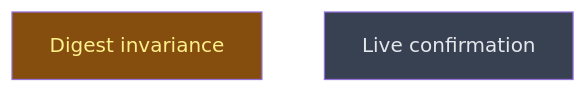
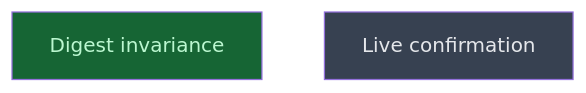
One commit to CrackingShells/Candler changed the diagram in __roadmap__/m4-session-runner/traits/core/runs/closeout/revalidation/README.md. Above: the diagram before and after it, drawn with Mermaid. The commit also changed other lines of this file, not shown here.

Commit message:
rdm(runner): mark digest_invariance done

````diff
--- a/__roadmap__/m4-session-runner/traits/core/runs/closeout/revalidation/README.md
+++ b/__roadmap__/m4-session-runner/traits/core/runs/closeout/revalidation/README.md
@@ -16,10 +16,10 @@
 ```mermaid
 graph TD
-    digest_invariance[Digest invariance]:::inprogress
+    digest_invariance[Digest invariance]:::done
     live_confirmation[Live confirmation]:::planned
     classDef done       fill:#166534,color:#bbf7d0
     classDef inprogress fill:#854d0e,color:#fef08a
     classDef planned    fill:#374151,color:#e5e7eb
     classDef amendment  fill:#1e3a5f,color:#bfdbfe
     classDef blocked    fill:#7f1d1d,color:#fecaca
 ```
````
